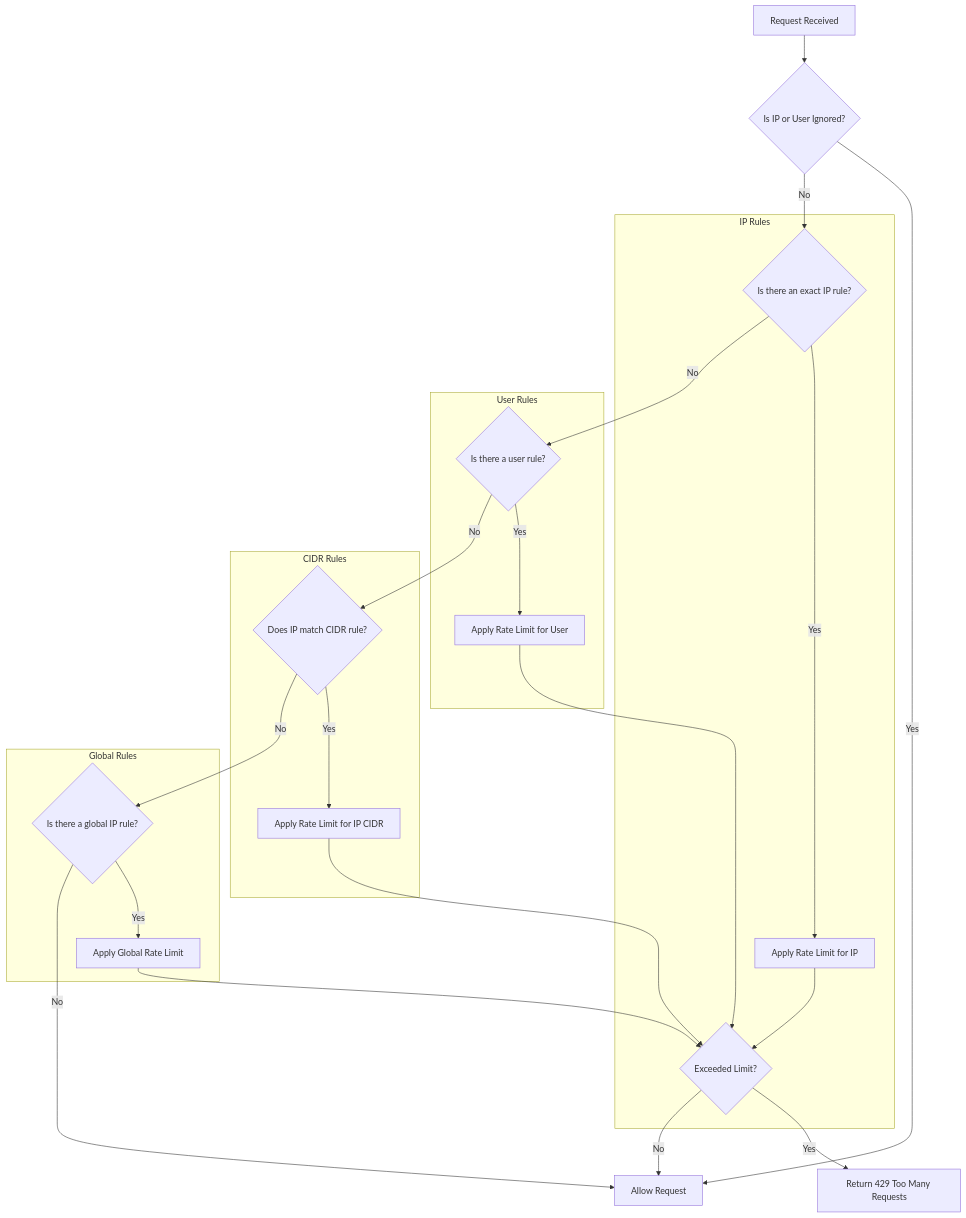
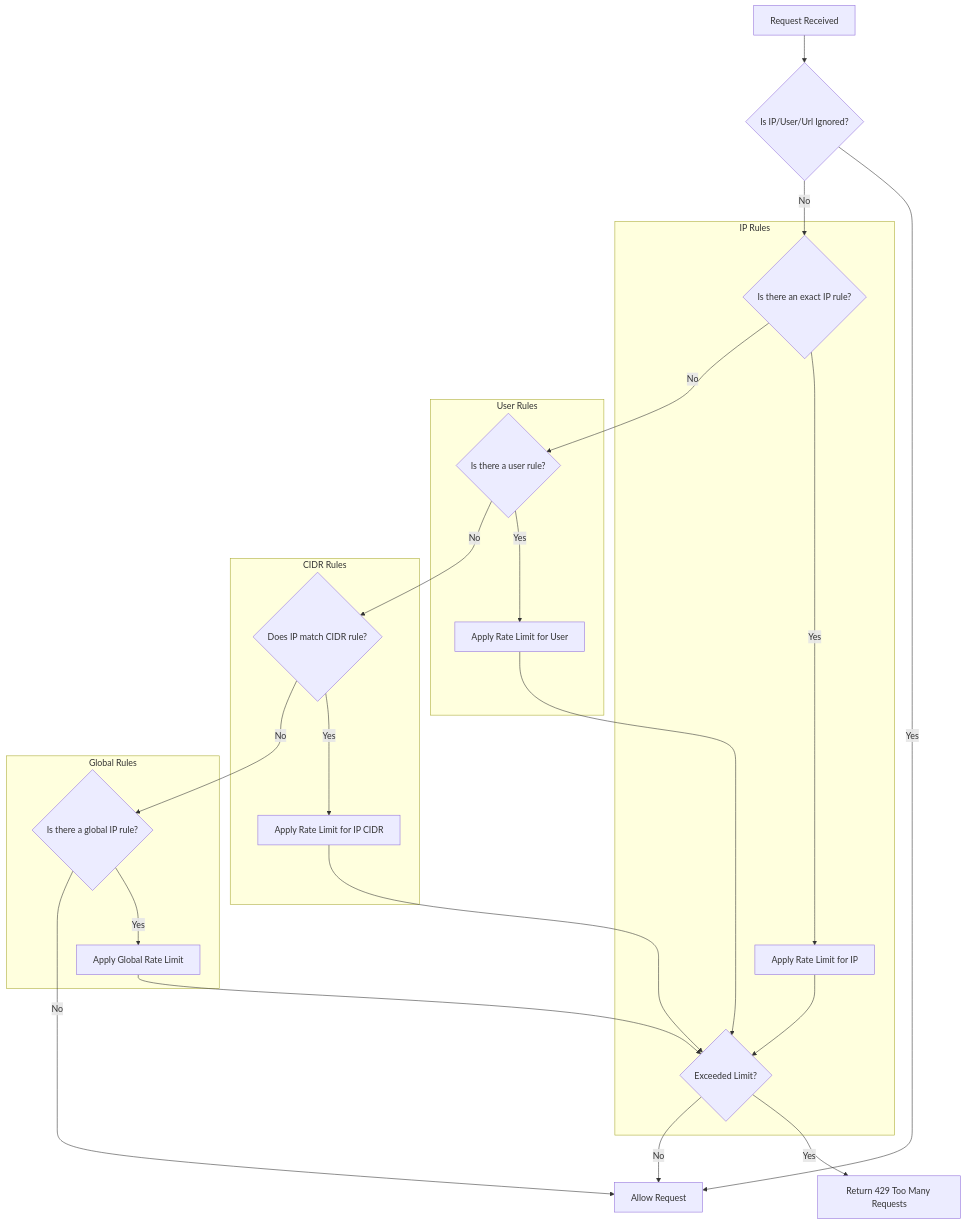
Before and after one commit to omarfawzi/Nginx-Ratelimiter-Proxy: the second of 2 diagrams in Readme.md, drawn with Mermaid.

Commit message:
adjust readme

````diff
--- a/Readme.md
+++ b/Readme.md
@@ -202,34 +202,34 @@
 ```mermaid
 graph TD
     subgraph IP Rules
         CheckIPRule{Is there an exact IP rule?} -->|Yes| ApplyIPRateLimit["Apply Rate Limit for IP"]
         ApplyIPRateLimit --> CheckLimit{Exceeded Limit?}
     end
 
     subgraph User Rules
         CheckUserRule{Is there a user rule?} -->|Yes| ApplyUserRateLimit["Apply Rate Limit for User"]
         ApplyUserRateLimit --> CheckLimit
     end
 
     subgraph CIDR Rules
         CheckCIDRRule{Does IP match CIDR rule?} -->|Yes| ApplyCIDRRateLimit["Apply Rate Limit for IP CIDR"]
         ApplyCIDRRateLimit --> CheckLimit
     end
 
     subgraph Global Rules
         CheckGlobalIPRule{Is there a global IP rule?} -->|Yes| ApplyGlobalIPRateLimit["Apply Global Rate Limit"]
         ApplyGlobalIPRateLimit --> CheckLimit
     end
 
-    Start["Request Received"] --> CheckIgnore{Is IP or User Ignored?}
+    Start["Request Received"] --> CheckIgnore{Is IP/User/Url Ignored?}
     CheckIgnore -->|Yes| AllowRequest["Allow Request"]
     CheckIgnore -->|No| CheckIPRule
 
     CheckIPRule -->|No| CheckUserRule
     CheckUserRule -->|No| CheckCIDRRule
     CheckCIDRRule -->|No| CheckGlobalIPRule
     CheckGlobalIPRule -->|No| AllowRequest
 
     CheckLimit -->|Yes| ThrottleResponse["Return 429 Too Many Requests"]
     CheckLimit -->|No| AllowRequest
 ```
````
